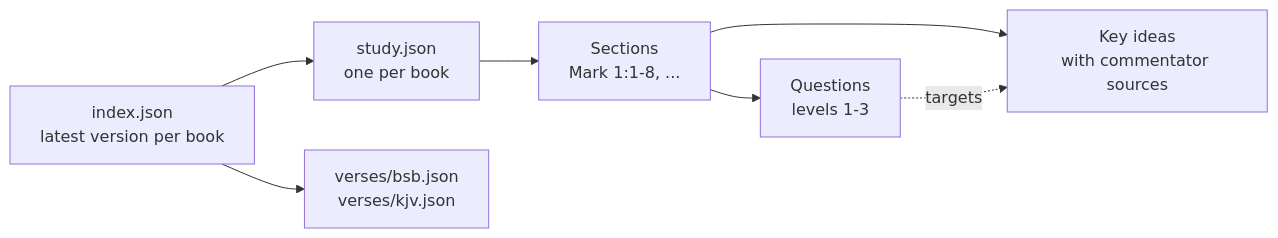
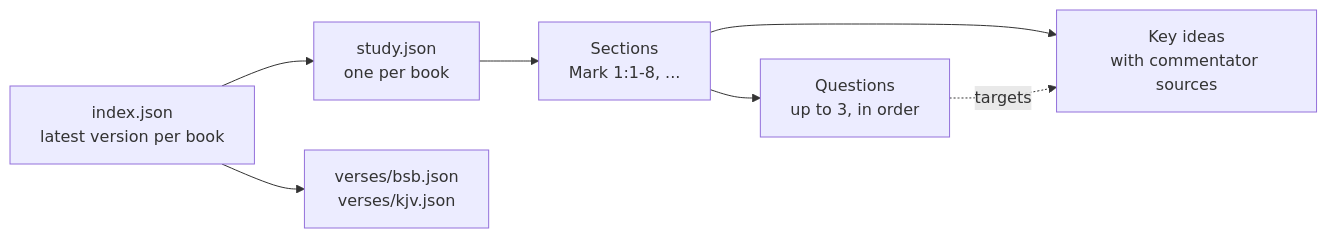
One commit to austin-english/thinkBible changed the second of 3 diagrams in docs/content-flow.md. Above: the diagram before and after it, drawn with Mermaid. The commit also changed 67 other files, not shown here.

Commit message:
pipeline: questions in order without levels; pace Bedrock calls per model

````diff
--- a/docs/content-flow.md
+++ b/docs/content-flow.md
@@ -33,13 +33,13 @@
 ```mermaid
 flowchart LR
     INDEX["index.json<br/>latest version per book"]
     STUDY["study.json<br/>one per book"]
     VERSES["verses/bsb.json<br/>verses/kjv.json"]
     SEC["Sections<br/>Mark 1:1-8, ..."]
     IDEAS["Key ideas<br/>with commentator sources"]
-    QS["Questions<br/>levels 1-3"]
+    QS["Questions<br/>up to 3, in order"]
 
     INDEX --> STUDY & VERSES
     STUDY --> SEC --> IDEAS & QS
     QS -. targets .-> IDEAS
 ```
````
